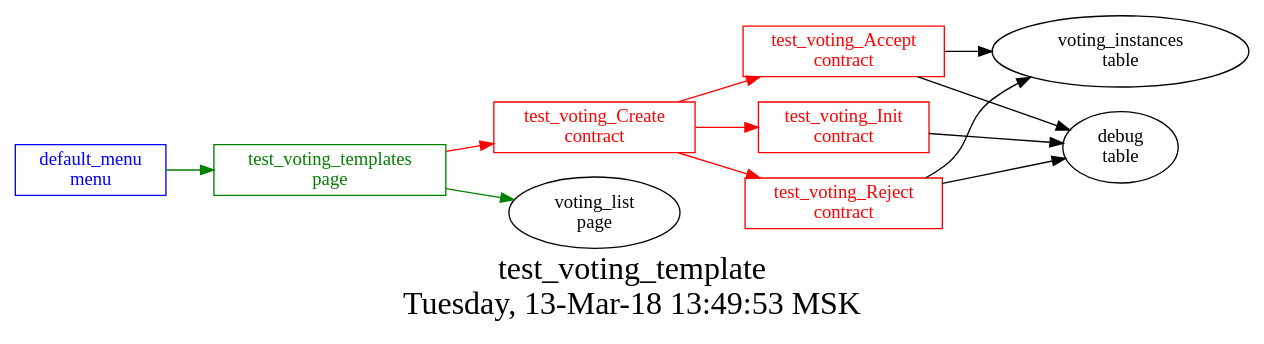
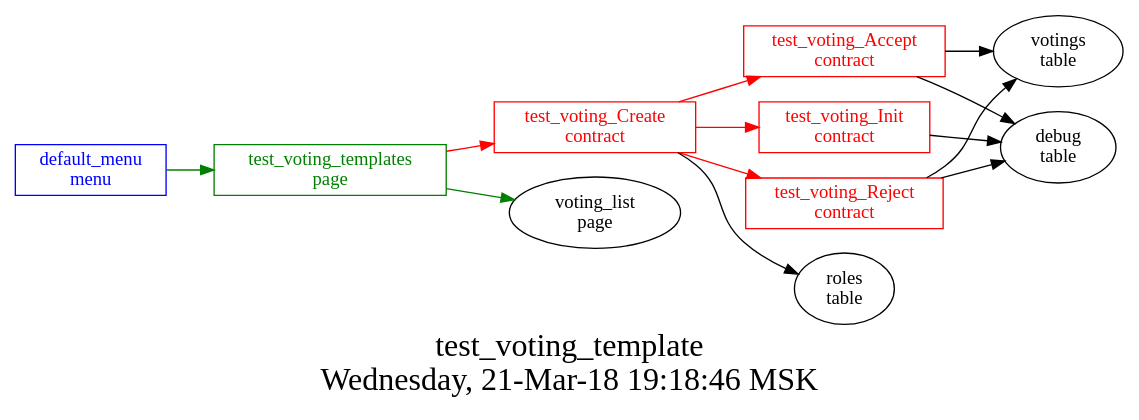
One commit to AplaProject/apps changed the diagram in src/basic/basic_main/test_voting_templates/struct.dot. Above: the diagram before and after it, drawn with Graphviz. The commit also changed 6 other files, not shown here.

```diff
--- a/src/basic/basic_main/test_voting_templates/struct.dot
+++ b/src/basic/basic_main/test_voting_templates/struct.dot
@@ -1,28 +1,29 @@
 digraph G {
 graph [
   fontsize="24";
-  label="test_voting_template\nTuesday, 13-Mar-18 13:49:53 MSK";
+  label="test_voting_template\nWednesday, 21-Mar-18 19:18:46 MSK";
   nojustify=true;
   ordering=out;
   rankdir=LR;
   size="30";
 ];
 "default_menu\nmenu" -> "test_voting_templates\npage"  [ color=green ]
 "default_menu\nmenu" [color=blue, fontcolor=blue, group=menus, shape=record];
 "test_voting_templates\npage" -> "test_voting_Create\ncontract"  [ color=red ]
 "test_voting_templates\npage" -> "voting_list\npage"  [ color=green ]
 "test_voting_templates\npage" [color=green, fontcolor=green, group=pages, shape=record];
-"test_voting_Accept\ncontract" -> "voting_instances\ntable"  [ color="" ]
+"test_voting_Accept\ncontract" -> "votings\ntable"  [ color="" ]
 "test_voting_Accept\ncontract" -> "debug\ntable"  [ color="" ]
 "test_voting_Accept\ncontract" [color=red, fontcolor=red, group=contracts, shape=record];
 "test_voting_Create\ncontract" -> "test_voting_Accept\ncontract"  [ color=red ]
 "test_voting_Create\ncontract" -> "test_voting_Init\ncontract"  [ color=red ]
 "test_voting_Create\ncontract" -> "test_voting_Reject\ncontract"  [ color=red ]
+"test_voting_Create\ncontract" -> "roles\ntable"  [ color="" ]
 "test_voting_Create\ncontract" [color=red, fontcolor=red, group=contracts, shape=record];
 "test_voting_Init\ncontract" -> "debug\ntable"  [ color="" ]
 "test_voting_Init\ncontract" [color=red, fontcolor=red, group=contracts, shape=record];
-"test_voting_Reject\ncontract" -> "voting_instances\ntable"  [ color="" ]
+"test_voting_Reject\ncontract" -> "votings\ntable"  [ color="" ]
 "test_voting_Reject\ncontract" -> "debug\ntable"  [ color="" ]
 "test_voting_Reject\ncontract" [color=red, fontcolor=red, group=contracts, shape=record];
 "debug\ntable" [color="", fontcolor="", group=tables, shape=""];
 }
```
